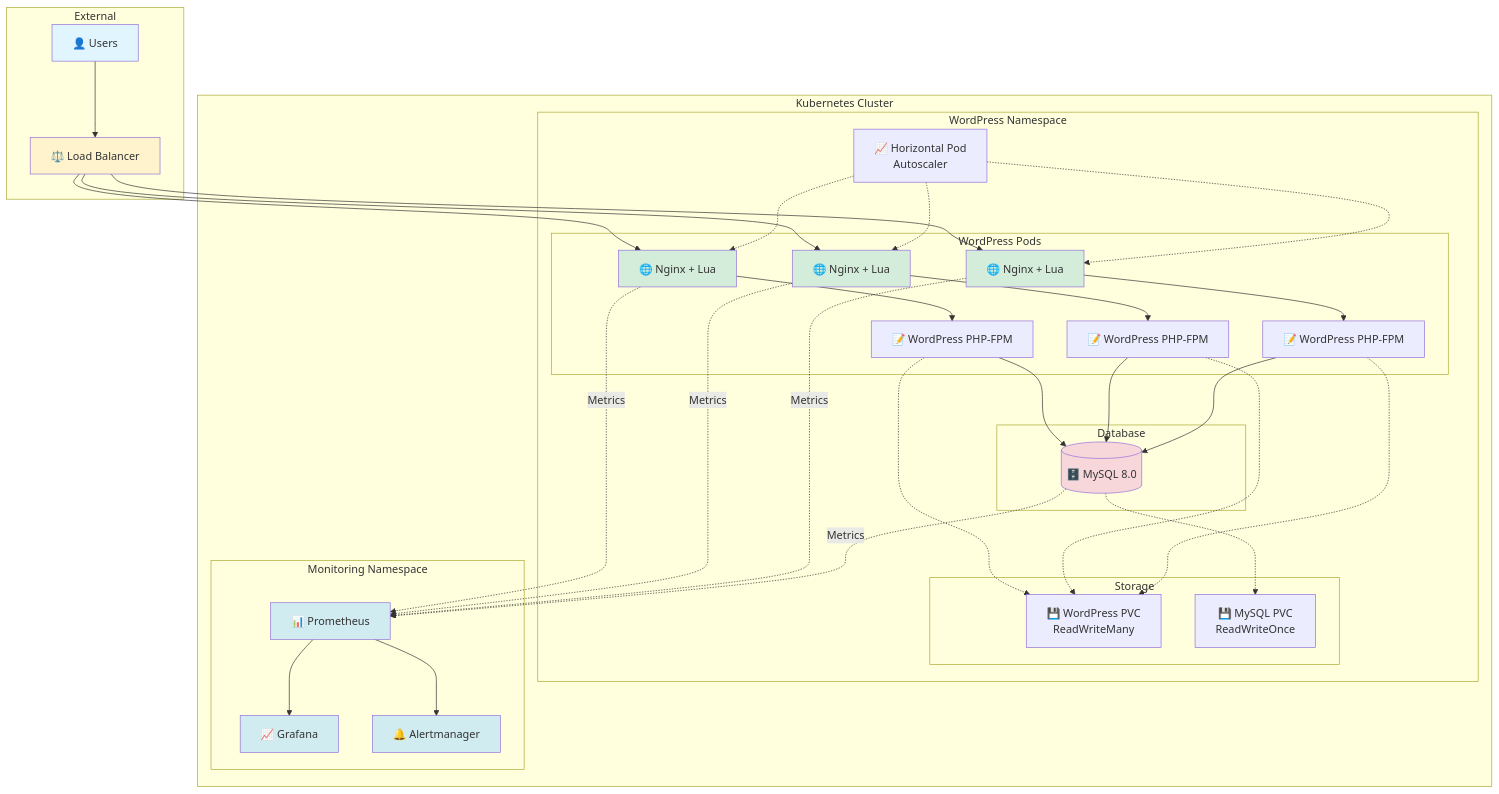
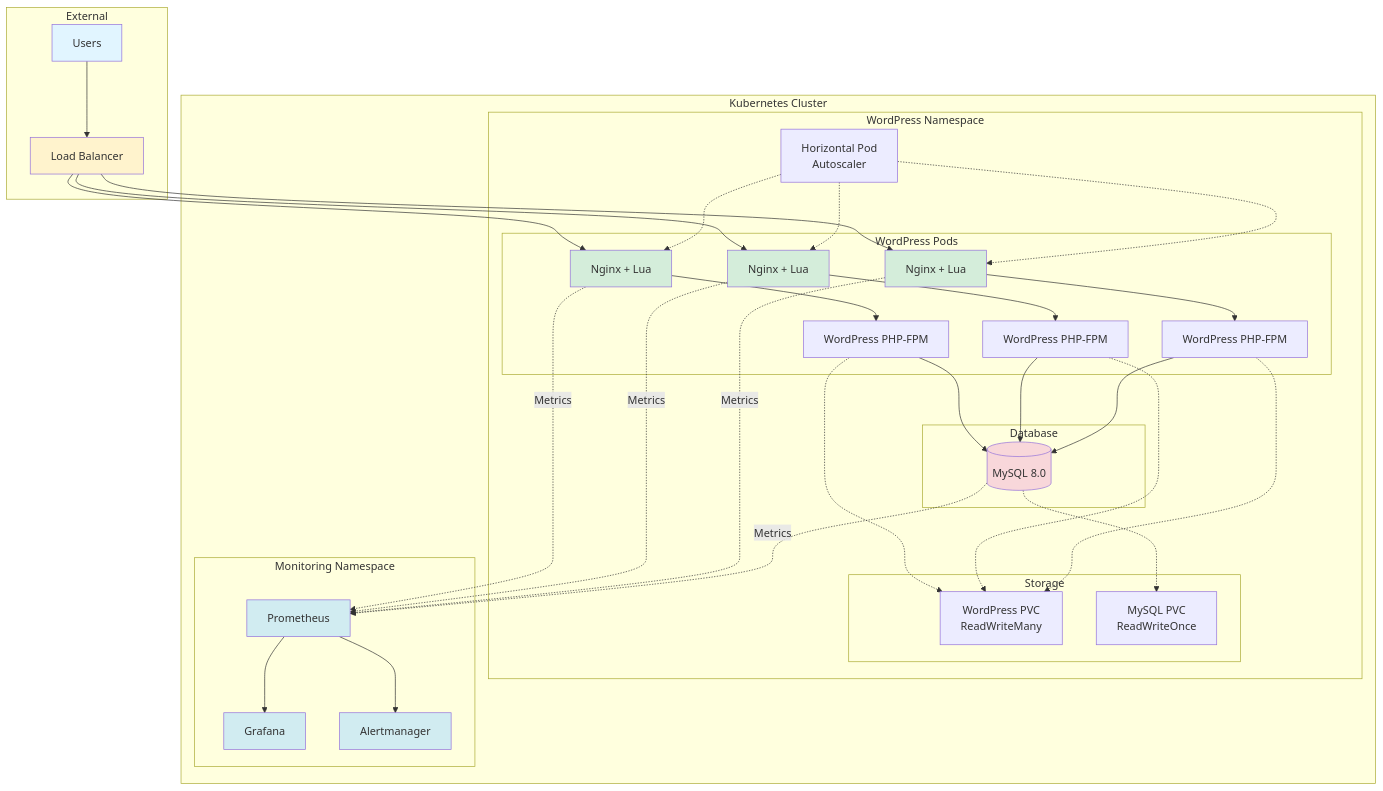
The first of 4 diagrams in README.md (yashj-010/Syfe-Project), drawn with Mermaid before and after one commit. The commit also changed other lines of this file, not shown here.

````diff
--- a/README.md
+++ b/README.md
@@ -117,78 +117,78 @@
 ```mermaid
 graph TB
     subgraph "External"
-        User[👤 Users]
-        LB[⚖️ Load Balancer]
+        User[ Users]
+        LB[ Load Balancer]
     end
     
     subgraph "Kubernetes Cluster"
         subgraph "WordPress Namespace"
             subgraph "WordPress Pods"
-                N1[🌐 Nginx + Lua]
-                W1[📝 WordPress PHP-FPM]
+                N1[ Nginx + Lua]
+                W1[ WordPress PHP-FPM]
                 N1 --> W1
                 
-                N2[🌐 Nginx + Lua]
-                W2[📝 WordPress PHP-FPM]
+                N2[ Nginx + Lua]
+                W2[ WordPress PHP-FPM]
                 N2 --> W2
                 
-                N3[🌐 Nginx + Lua]
-                W3[📝 WordPress PHP-FPM]
+                N3[ Nginx + Lua]
+                W3[ WordPress PHP-FPM]
                 N3 --> W3
             end
             
             subgraph "Database"
-                MySQL[(🗄️ MySQL 8.0)]
+                MySQL[( MySQL 8.0)]
             end
             
             subgraph "Storage"
-                PVC1[💾 WordPress PVC<br/>ReadWriteMany]
-                PVC2[💾 MySQL PVC<br/>ReadWriteOnce]
+                PVC1[ WordPress PVC<br/>ReadWriteMany]
+                PVC2[ MySQL PVC<br/>ReadWriteOnce]
             end
             
-            HPA[📈 Horizontal Pod<br/>Autoscaler]
+            HPA[ Horizontal Pod<br/>Autoscaler]
         end
         
         subgraph "Monitoring Namespace"
-            Prom[📊 Prometheus]
-            Graf[📈 Grafana]
-            Alert[🔔 Alertmanager]
+            Prom[ Prometheus]
+            Graf[ Grafana]
+            Alert[ Alertmanager]
             
             Prom --> Graf
             Prom --> Alert
         end
     end
     
     User --> LB
     LB --> N1
     LB --> N2
     LB --> N3
     
     W1 --> MySQL
     W2 --> MySQL
     W3 --> MySQL
     
     W1 -.-> PVC1
     W2 -.-> PVC1
     W3 -.-> PVC1
     MySQL -.-> PVC2
     
     HPA -.-> N1
     HPA -.-> N2
     HPA -.-> N3
     
     N1 -.Metrics.-> Prom
     N2 -.Metrics.-> Prom
     N3 -.Metrics.-> Prom
     MySQL -.Metrics.-> Prom
     
     style User fill:#e1f5ff
     style LB fill:#fff3cd
     style N1 fill:#d4edda
     style N2 fill:#d4edda
     style N3 fill:#d4edda
     style MySQL fill:#f8d7da
     style Prom fill:#d1ecf1
     style Graf fill:#d1ecf1
     style Alert fill:#d1ecf1
 ```
````
